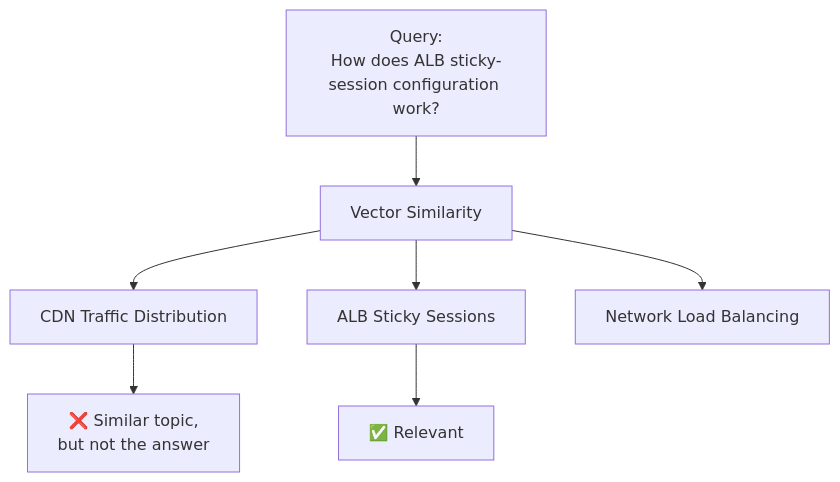
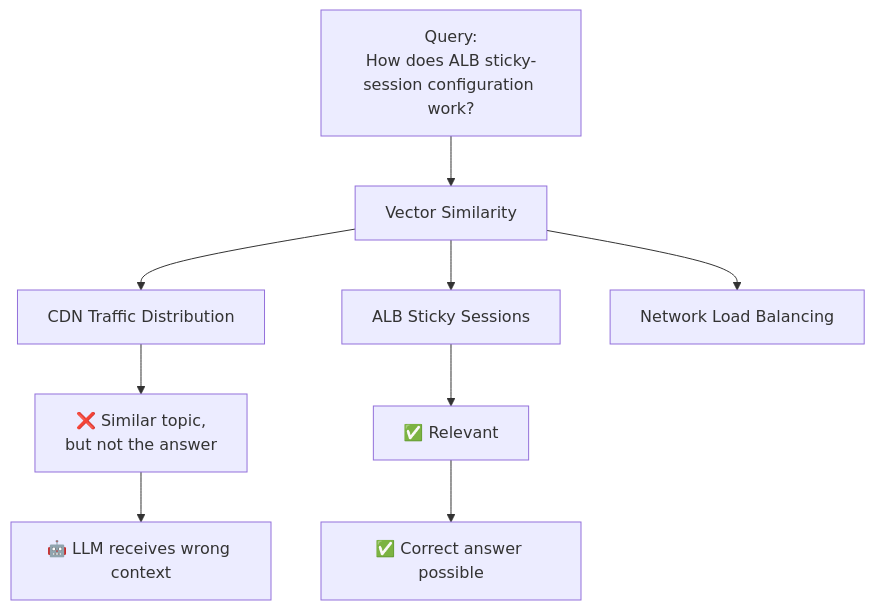
The eighth of 14 diagrams in Lecture 18 - Vectorless RAG and LLM Wiki/notes/01_limitations_vector_rag_chunking.md (Amie-dev/FDE-and-GenAI-Mastery), drawn with Mermaid before and after one commit. The commit also changed other lines of this file and 6 other files, not shown here.

````diff
--- a/Lecture 18 - Vectorless RAG and LLM Wiki/notes/01_limitations_vector_rag_chunking.md
+++ b/Lecture 18 - Vectorless RAG and LLM Wiki/notes/01_limitations_vector_rag_chunking.md
@@ -392,14 +513,17 @@
 ```mermaid
 flowchart TD
 
     Q["Query:<br/>How does ALB sticky-session configuration work?"]
 
     Q --> SEARCH["Vector Similarity"]
 
     SEARCH --> A["CDN Traffic Distribution"]
     SEARCH --> B["ALB Sticky Sessions"]
     SEARCH --> C["Network Load Balancing"]
 
     A --> WRONG["❌ Similar topic,<br/>but not the answer"]
     B --> RIGHT["✅ Relevant"]
+
+    WRONG --> LLM["🤖 LLM receives wrong context"]
+    RIGHT --> ANS["✅ Correct answer possible"]
 ```
````
